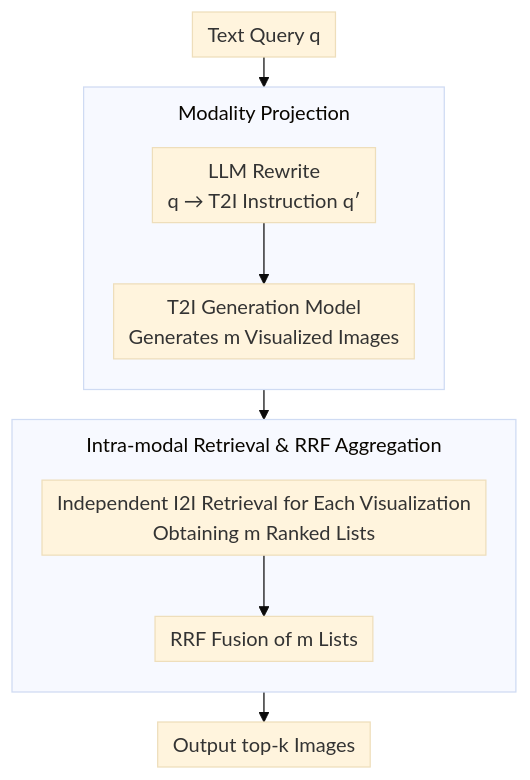
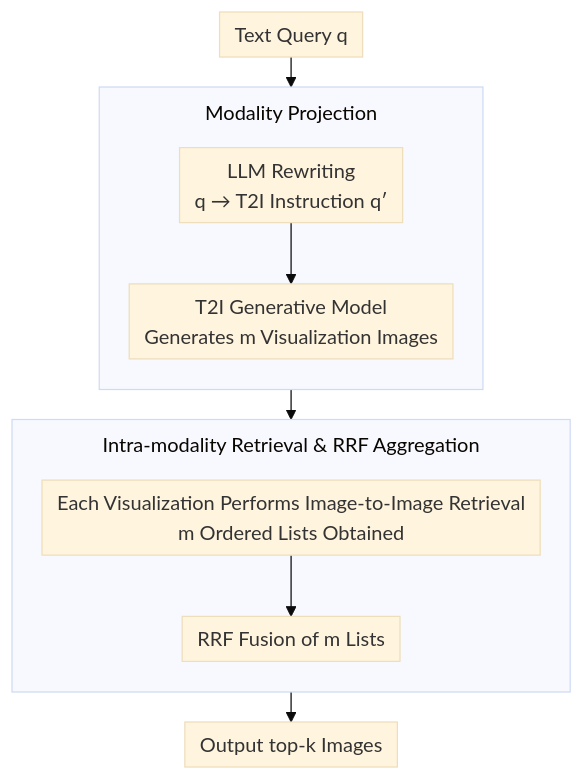
The diagram in docs/ACL2026/information_retrieval/visret_visualization_improves_knowledge-intensive_text-to-image_retrieval.md (zhaoyang97/Paper-Notes-en), drawn with Mermaid (base theme) before and after one commit. The commit also changed other lines of this file and 5084 other files, not shown here.

````diff
--- a/docs/ACL2026/information_retrieval/visret_visualization_improves_knowledge-intensive_text-to-image_retrieval.md
+++ b/docs/ACL2026/information_retrieval/visret_visualization_improves_knowledge-intensive_text-to-image_retrieval.md
@@ -44,16 +44,16 @@
 ```mermaid
 %%{init: {'flowchart': {'rankSpacing': 24, 'nodeSpacing': 28, 'padding': 6, 'wrappingWidth': 400, 'subGraphTitleMargin': {'top': 8, 'bottom': 16}}}}%%
 flowchart TD
     Q["Text Query q"]
     subgraph MP["Modality Projection"]
         direction TB
-        R["LLM Rewrite<br/>q → T2I Instruction q′"] --> G["T2I Generation Model<br/>Generates m Visualized Images"]
+        R["LLM Rewriting<br/>q → T2I Instruction q′"] --> G["T2I Generative Model<br/>Generates m Visualization Images"]
     end
     Q --> MP
-    subgraph IR["Intra-modal Retrieval & RRF Aggregation"]
+    subgraph IR["Intra-modality Retrieval & RRF Aggregation"]
         direction TB
-        S["Independent I2I Retrieval for Each Visualization<br/>Obtaining m Ranked Lists"] --> F["RRF Fusion of m Lists"]
+        S["Each Visualization Performs Image-to-Image Retrieval<br/>m Ordered Lists Obtained"] --> F["RRF Fusion of m Lists"]
     end
     MP --> IR
     IR --> O["Output top-k Images"]
 ```
````
